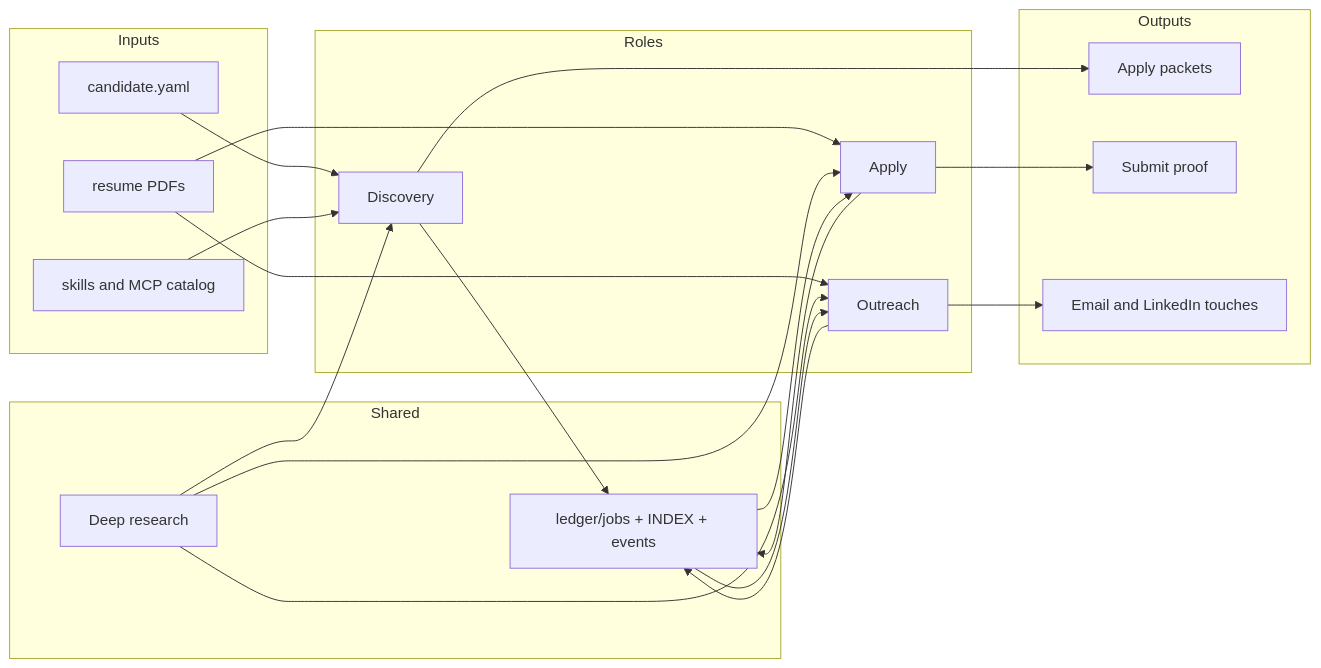
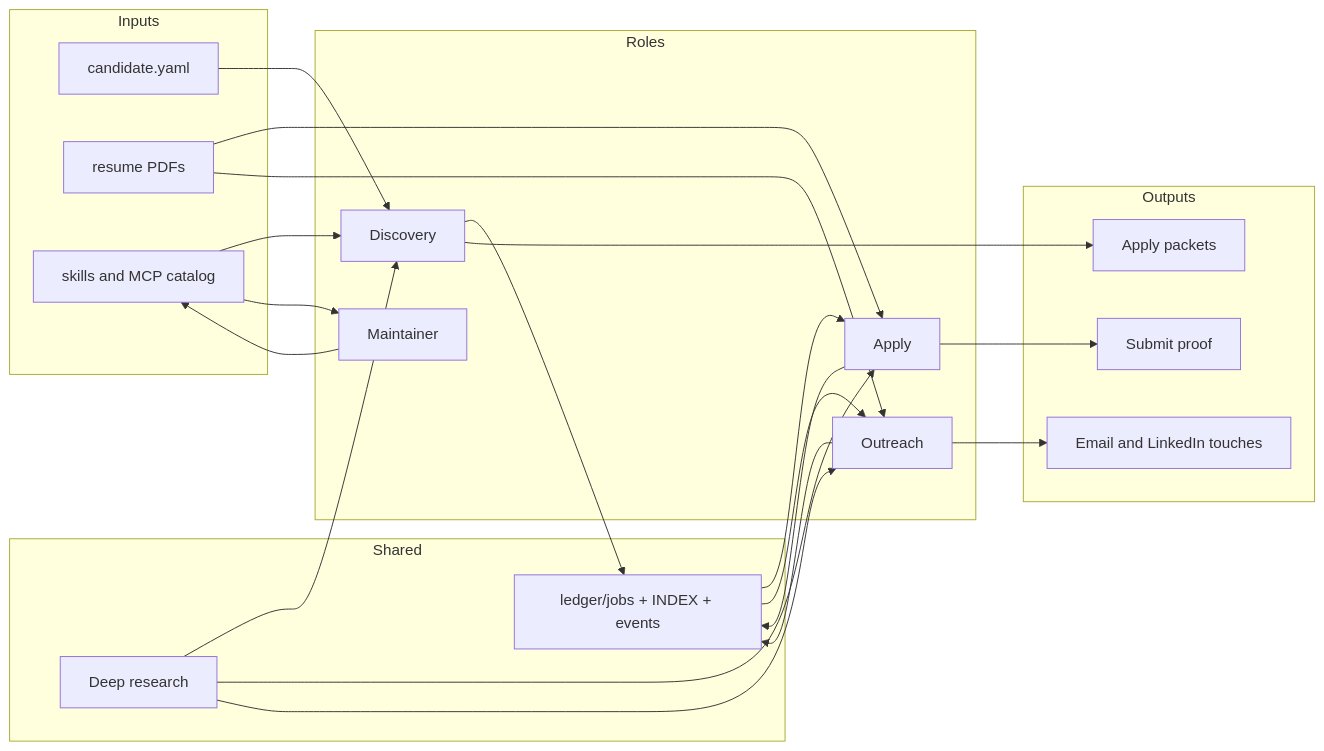
The first of 2 diagrams in docs/architecture.md (unownone/jobos), drawn with Mermaid before and after one commit. The commit also changed other lines of this file and 28 other files, not shown here.

````diff
--- a/docs/architecture.md
+++ b/docs/architecture.md
@@ -15,41 +15,44 @@
 ```mermaid
 flowchart LR
   subgraph inputs [Inputs]
     candidate[candidate.yaml]
     resumes[resume PDFs]
     catalog[skills and MCP catalog]
   end
 
   subgraph roles [Roles]
     d[Discovery]
     a[Apply]
     o[Outreach]
+    m[Maintainer]
   end
 
   subgraph shared [Shared]
     research[Deep research]
     ledger[ledger/jobs + INDEX + events]
   end
 
   subgraph outputs [Outputs]
     packets[Apply packets]
     proof[Submit proof]
     touches[Email and LinkedIn touches]
   end
 
   candidate --> d
   resumes --> a
   resumes --> o
   catalog --> d
+  catalog --> m
+  m --> catalog
   research --> d
   research --> a
   research --> o
   d --> ledger
   ledger --> a
   a --> ledger
   ledger --> o
   o --> ledger
   d --> packets
   a --> proof
   o --> touches
 ```
````
